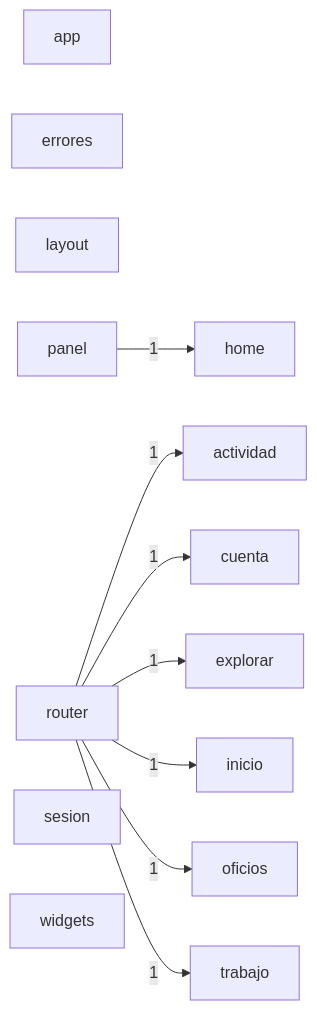
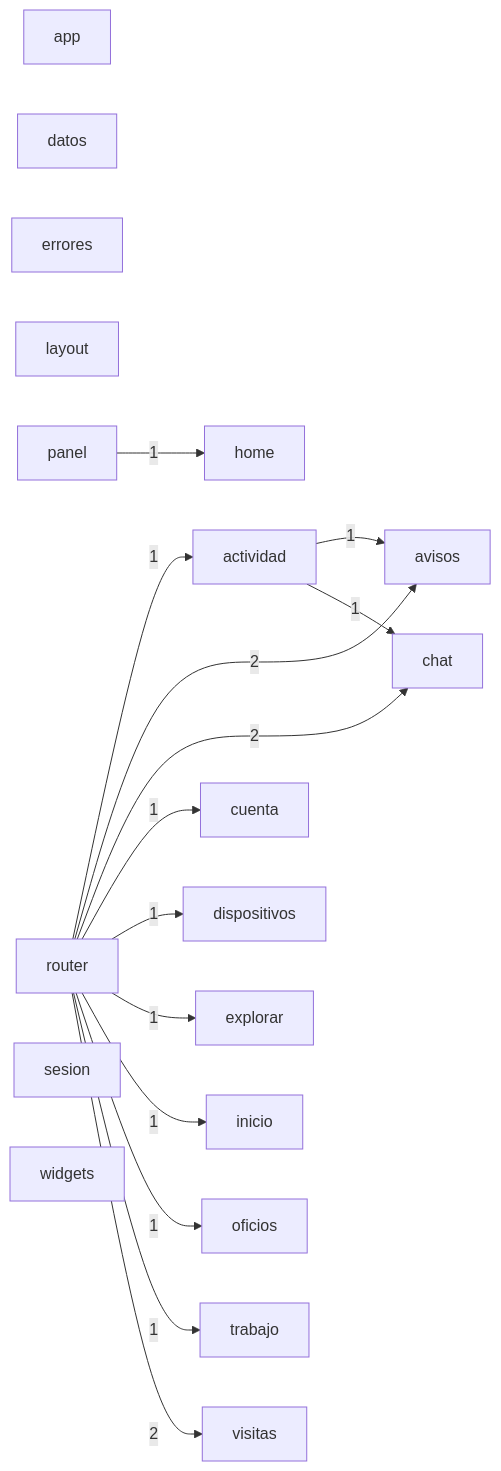
Before and after one commit to JulianH2/knock-frontend: the diagram in docs/architecture/modules.mmd, drawn with Mermaid. The commit also changed 7 other files, not shown here.

```diff
--- a/docs/architecture/modules.mmd
+++ b/docs/architecture/modules.mmd
@@ -1,22 +1,33 @@
 graph LR
   actividad["actividad"]
   app["app"]
+  avisos["avisos"]
+  chat["chat"]
   cuenta["cuenta"]
+  datos["datos"]
+  dispositivos["dispositivos"]
   errores["errores"]
   explorar["explorar"]
   home["home"]
   inicio["inicio"]
   layout["layout"]
   oficios["oficios"]
   panel["panel"]
   router["router"]
   sesion["sesion"]
   trabajo["trabajo"]
+  visitas["visitas"]
   widgets["widgets"]
+  actividad -->|1| avisos
+  actividad -->|1| chat
   panel -->|1| home
   router -->|1| actividad
+  router -->|2| avisos
+  router -->|2| chat
   router -->|1| cuenta
+  router -->|1| dispositivos
   router -->|1| explorar
   router -->|1| inicio
   router -->|1| oficios
   router -->|1| trabajo
+  router -->|2| visitas
```
